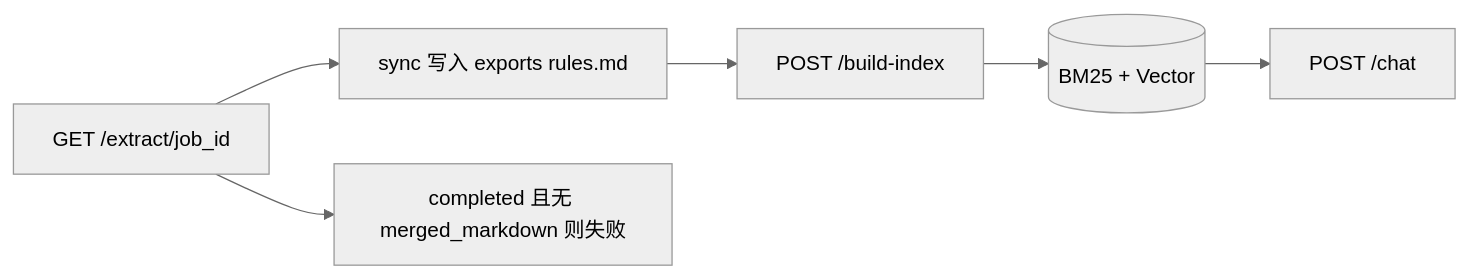
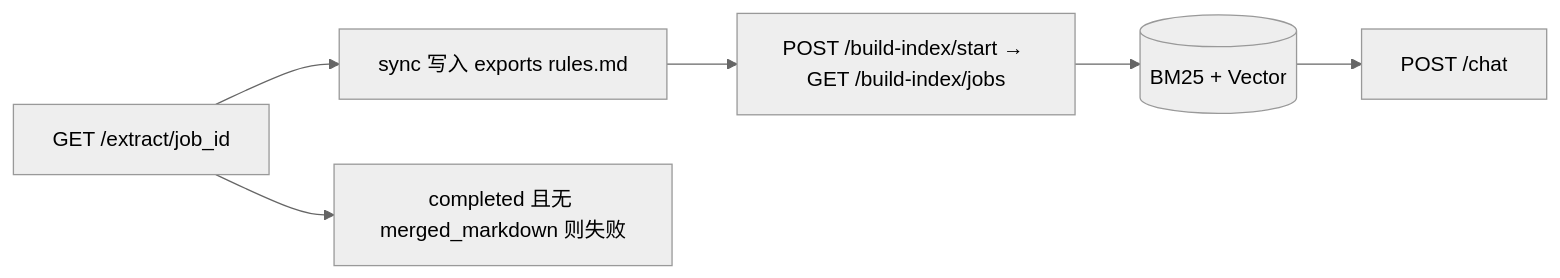
One commit to shitlsh/boardrule-rag changed the fifth of 6 diagrams in services/rule_engine/EXTRACTION_FLOW.md. Above: the diagram before and after it, drawn with Mermaid (neutral theme). The commit also changed other lines of this file and 30 other files, not shown here.

````diff
--- a/services/rule_engine/EXTRACTION_FLOW.md
+++ b/services/rule_engine/EXTRACTION_FLOW.md
@@ -139,14 +139,14 @@
 ```mermaid
 flowchart LR
   poll["GET /extract/job_id"]
   disk["sync 写入 exports rules.md"]
   fail["completed 且无 merged_markdown 则失败"]
-  bi["POST /build-index"]
+  bi["POST /build-index/start → GET /build-index/jobs"]
   chat["POST /chat"]
   idx[(BM25 + Vector)]
 
   poll --> disk
   poll --> fail
   disk --> bi --> idx
   idx --> chat
 ```
````
